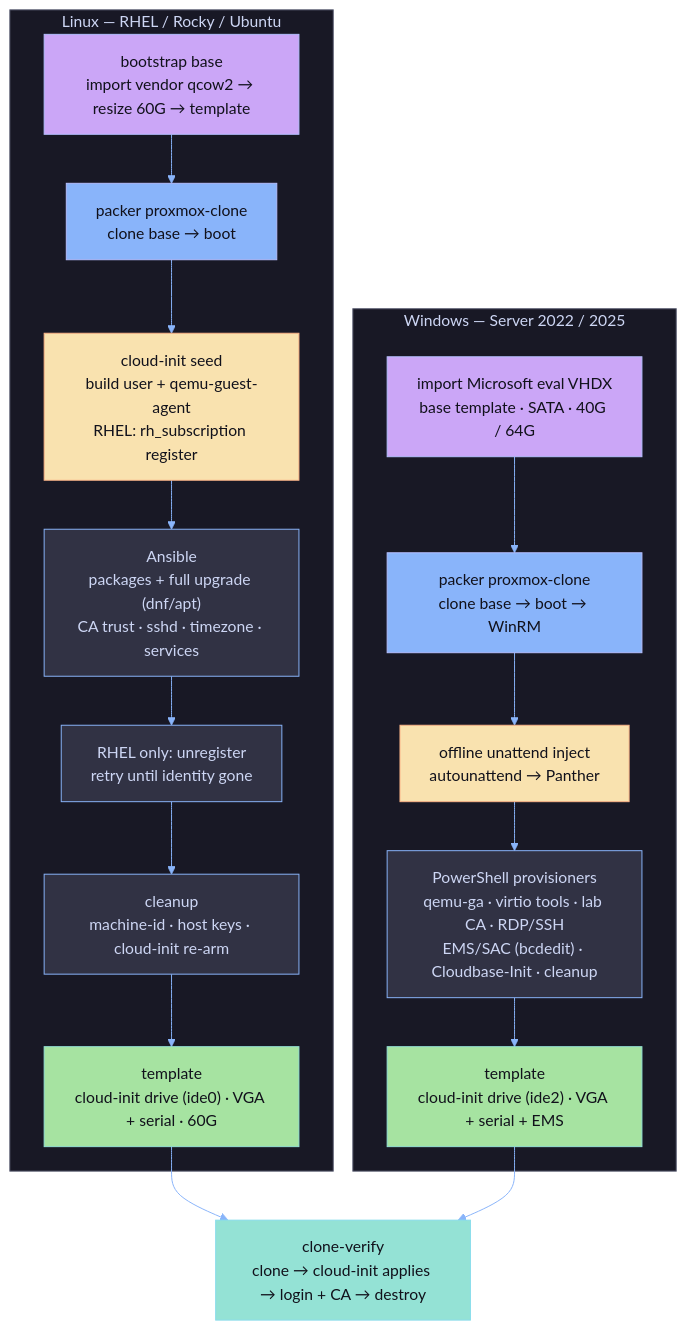
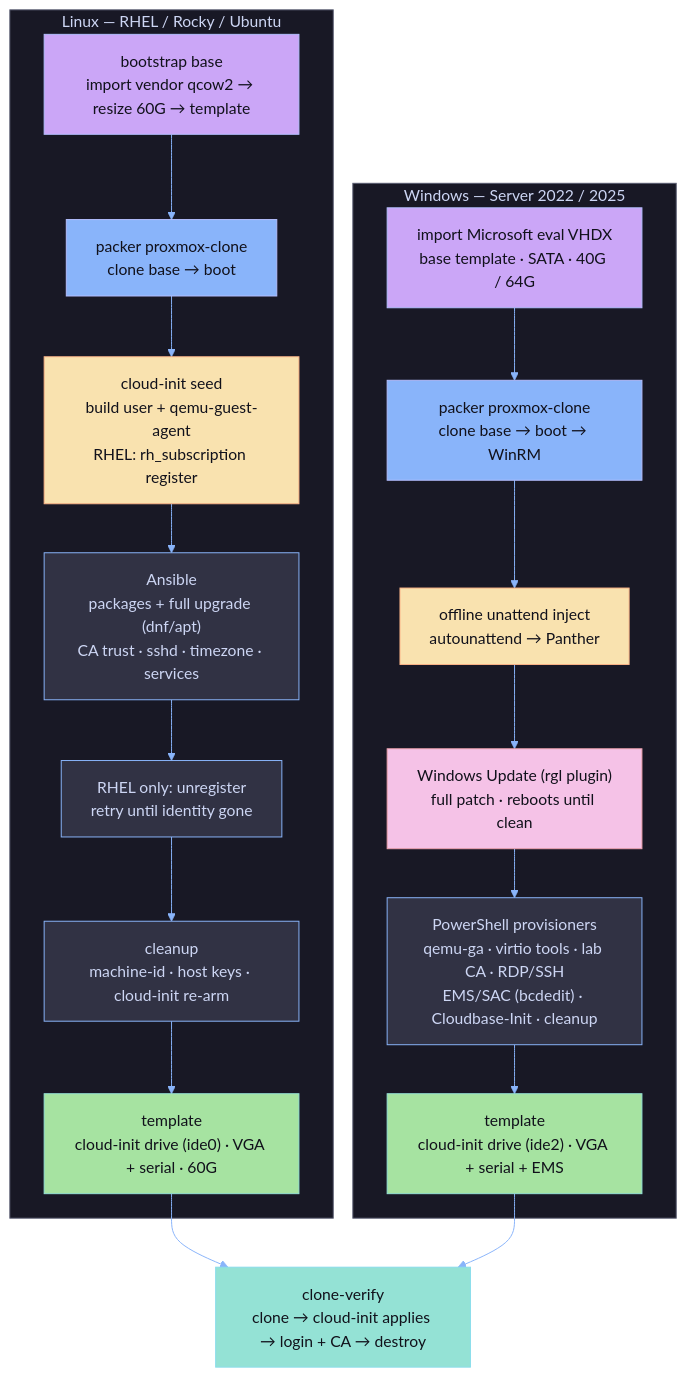
Before and after one commit to dewab-org/homelab-packer: the second of 2 diagrams in README.md, drawn with Mermaid. The commit also changed other lines of this file and 1 other file, not shown here.

First line of the commit message:
feat(packer): fully patch Windows cloud builds via rgl/windows-update [skip ci]

````diff
--- a/README.md
+++ b/README.md
@@ -262,34 +262,36 @@
 ```mermaid
 %%{init: {"theme":"base","themeVariables":{"primaryColor":"#313244","primaryTextColor":"#cdd6f4","primaryBorderColor":"#89b4fa","lineColor":"#89b4fa","fontFamily":"ui-monospace, SFMono-Regular, monospace","clusterBkg":"#181825","clusterBorder":"#585b70","titleColor":"#cdd6f4","edgeLabelBackground":"#11111b"}}}%%
 flowchart TD
   subgraph linux["Linux — RHEL / Rocky / Ubuntu"]
     lb["bootstrap base<br/>import vendor qcow2 → resize 60G → template"]:::base
     lc["packer proxmox-clone<br/>clone base → boot"]:::clone
     ls["cloud-init seed<br/>build user + qemu-guest-agent<br/>RHEL: rh_subscription register"]:::seed
     la["Ansible<br/>packages + full upgrade (dnf/apt)<br/>CA trust · sshd · timezone · services"]:::prov
     lu["RHEL only: unregister<br/>retry until identity gone"]:::prov
     lx["cleanup<br/>machine-id · host keys · cloud-init re-arm"]:::prov
     lt["template<br/>cloud-init drive (ide0) · VGA + serial · 60G"]:::tmpl
     lb --> lc --> ls --> la --> lu --> lx --> lt
   end
 
   subgraph win["Windows — Server 2022 / 2025"]
     wb["import Microsoft eval VHDX<br/>base template · SATA · 40G / 64G"]:::base
     wc["packer proxmox-clone<br/>clone base → boot → WinRM"]:::clone
     wo["offline unattend inject<br/>autounattend → Panther"]:::seed
+    wu["Windows Update (rgl plugin)<br/>full patch · reboots until clean"]:::update
     wp["PowerShell provisioners<br/>qemu-ga · virtio tools · lab CA · RDP/SSH<br/>EMS/SAC (bcdedit) · Cloudbase-Init · cleanup"]:::prov
     wt["template<br/>cloud-init drive (ide2) · VGA + serial + EMS"]:::tmpl
-    wb --> wc --> wo --> wp --> wt
+    wb --> wc --> wo --> wu --> wp --> wt
   end
 
   cv["clone-verify<br/>clone → cloud-init applies → login + CA → destroy"]:::verify
   lt --> cv
   wt --> cv
 
   classDef base fill:#cba6f7,color:#11111b,stroke:#b4befe;
   classDef clone fill:#89b4fa,color:#11111b,stroke:#b4befe;
   classDef seed fill:#f9e2af,color:#11111b,stroke:#fab387;
   classDef prov fill:#313244,color:#cdd6f4,stroke:#89b4fa;
   classDef tmpl fill:#a6e3a1,color:#11111b,stroke:#94e2d5;
   classDef verify fill:#94e2d5,color:#11111b,stroke:#89dceb;
+  classDef update fill:#f5c2e7,color:#11111b,stroke:#eba0ac;
 ```
````
